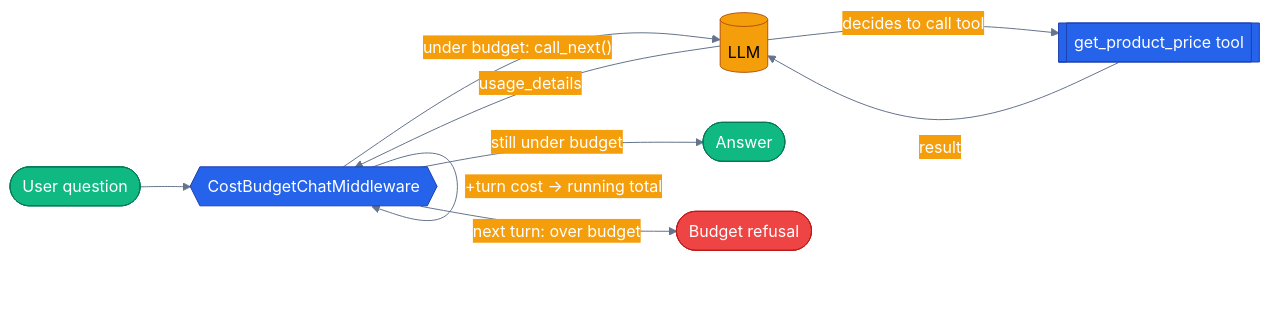
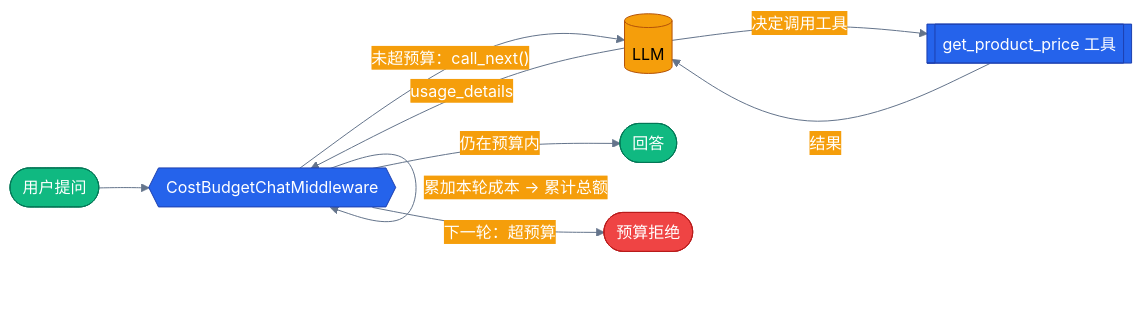
One commit to s1encisi/reliable-commerce-agents changed the diagram in tutorials/32-cost-control-and-budgets/README.md. Above: the diagram before and after it, drawn with Mermaid. The commit also changed other lines of this file and 1033 other files, not shown here.

````diff
--- a/tutorials/32-cost-control-and-budgets/README.md
+++ b/tutorials/32-cost-control-and-budgets/README.md
@@ -23,34 +25,34 @@
 ```mermaid
 %%{init: {'theme':'base', 'themeVariables': {
   'primaryColor': '#2563eb','primaryTextColor': '#ffffff','primaryBorderColor': '#1e40af',
   'lineColor': '#64748b','secondaryColor': '#f59e0b','tertiaryColor': '#10b981',
   'background': 'transparent'}}}%%
 flowchart LR
   classDef core     fill:#2563eb,stroke:#1e40af,color:#ffffff
   classDef external fill:#f59e0b,stroke:#b45309,color:#000000
   classDef success  fill:#10b981,stroke:#047857,color:#ffffff
   classDef error    fill:#ef4444,stroke:#b91c1c,color:#ffffff
 
-  user([User question])
+  user([用户提问])
   budget{{CostBudgetChatMiddleware}}
   llm[(LLM)]
-  tool[[get_product_price tool]]
-  answer([Answer])
-  refusal([Budget refusal])
+  tool[[get_product_price 工具]]
+  answer([回答])
+  refusal([预算拒绝])
 
   user --> budget
-  budget -- "under budget: call_next()" --> llm
-  llm -- "decides to call tool" --> tool
-  tool -- "result" --> llm
+  budget -- "未超预算：call_next()" --> llm
+  llm -- "决定调用工具" --> tool
+  tool -- "结果" --> llm
   llm -- "usage_details" --> budget
-  budget -- "+turn cost -> running total" --> budget
-  budget -- "still under budget" --> answer
-  budget -- "next turn: over budget" --> refusal
+  budget -- "累加本轮成本 → 累计总额" --> budget
+  budget -- "仍在预算内" --> answer
+  budget -- "下一轮：超预算" --> refusal
 
   class user success
   class llm external
   class tool core
   class budget core
   class answer success
   class refusal error
 ```
````
